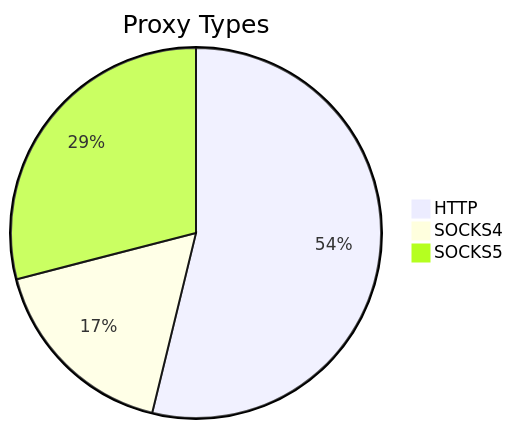
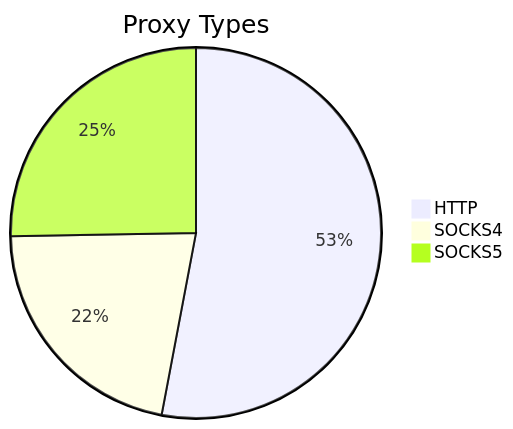
The first of 2 diagrams in README.md (stormsia/proxy-list), drawn with Mermaid before and after one commit. The commit also changed other lines of this file, not shown here.

````diff
--- a/README.md
+++ b/README.md
@@ -21,6 +21,6 @@
 ```mermaid
 pie title Proxy Types
-    "HTTP" : 191
-    "SOCKS4" : 61
-    "SOCKS5" : 103
+    "HTTP" : 285
+    "SOCKS4" : 117
+    "SOCKS5" : 136
 ```
````
